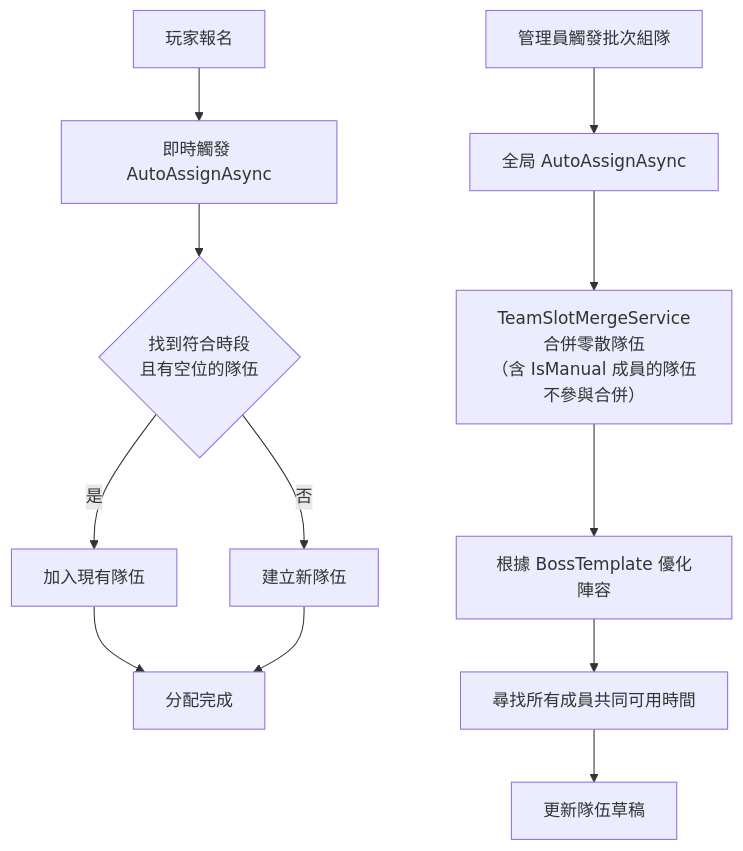
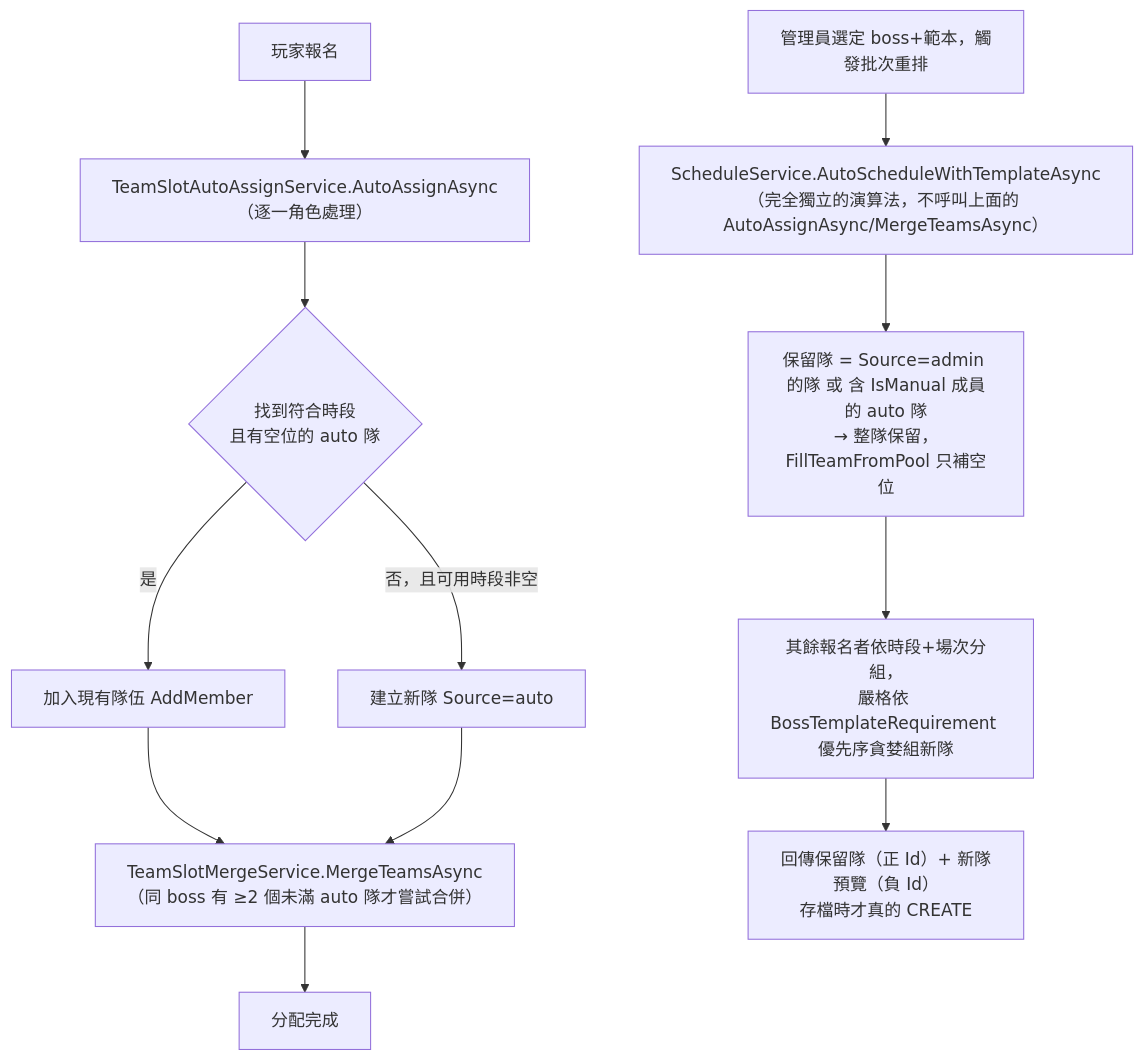
One commit to MinMiss5678/MapleStoryRaidScheduler changed the fifth of 11 diagrams in docs/architecture.md. Above: the diagram before and after it, drawn with Mermaid. The commit also changed other lines of this file, not shown here.

First line of the commit message:
docs(architecture): 補兩張時序圖、修正自動分配/CI-CD 圖過期內容、ERD 補 OutboxMessage (#30)

````diff
--- a/docs/architecture.md
+++ b/docs/architecture.md
@@ -278,15 +352,15 @@
 ```mermaid
 flowchart TD
-    A[玩家報名] --> B[即時觸發 AutoAssignAsync]
-    B --> C{找到符合時段\n且有空位的隊伍}
-    C -->|是| D[加入現有隊伍]
-    C -->|否| E[建立新隊伍]
-    D --> F[分配完成]
+    A[玩家報名] --> B["TeamSlotAutoAssignService.AutoAssignAsync\n（逐一角色處理）"]
+    B --> C{找到符合時段\n且有空位的 auto 隊}
+    C -->|是| D[加入現有隊伍 AddMember]
+    C -->|否，且可用時段非空| E[建立新隊 Source=auto]
+    D --> F["TeamSlotMergeService.MergeTeamsAsync\n（同 boss 有 ≥2 個未滿 auto 隊才嘗試合併）"]
     E --> F
+    F --> Fend[分配完成]
 
-    G[管理員觸發批次組隊] --> H[全局 AutoAssignAsync]
-    H --> I[TeamSlotMergeService\n合併零散隊伍\n（含 IsManual 成員的隊伍不參與合併）]
-    I --> J[根據 BossTemplate 優化陣容]
-    J --> K[尋找所有成員共同可用時間]
-    K --> L[更新隊伍草稿]
+    G[管理員選定 boss+範本，觸發批次重排] --> H["ScheduleService.AutoScheduleWithTemplateAsync\n（完全獨立的演算法，不呼叫上面的 AutoAssignAsync/MergeTeamsAsync）"]
+    H --> I["保留隊 = Source=admin 的隊 或 含 IsManual 成員的 auto 隊\n→ 整隊保留，FillTeamFromPool 只補空位"]
+    I --> J["其餘報名者依時段+場次分組，\n嚴格依 BossTemplateRequirement 優先序貪婪組新隊"]
+    J --> K["回傳保留隊（正 Id）+ 新隊預覽（負 Id）\n存檔時才真的 CREATE"]
 ```
````
